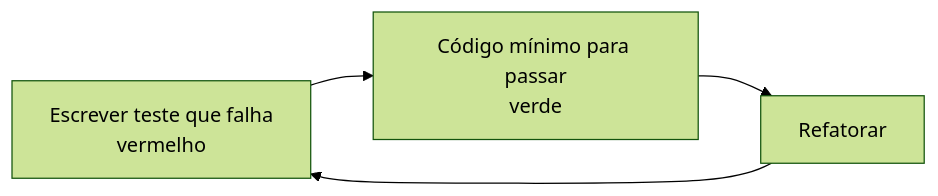
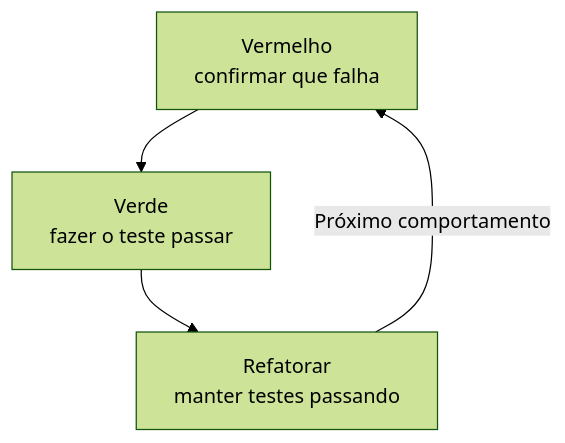
The second of 2 diagrams in content/enade/engenharia-de-software/metodos-ageis.md (pedrotescaro/Stacklyst), drawn with Mermaid (forest theme) before and after one commit. The commit also changed other lines of this file and 84 other files, not shown here.

Commit message:
feat(enade): redraw study library diagrams

````diff
--- a/content/enade/engenharia-de-software/metodos-ageis.md
+++ b/content/enade/engenharia-de-software/metodos-ageis.md
@@ -118,4 +126,6 @@
-```mermaid Ciclo do TDD na XP
-flowchart LR
-  V[Escrever teste que falha<br/>vermelho] --> G[Código mínimo para passar<br/>verde] --> RF[Refatorar] --> V
+```mermaid TDD em três passos
+flowchart TD
+  R["Vermelho<br/>confirmar que falha"] --> G["Verde<br/>fazer o teste passar"]
+  G --> F["Refatorar<br/>manter testes passando"]
+  F -->|Próximo comportamento| R
 ```
````
